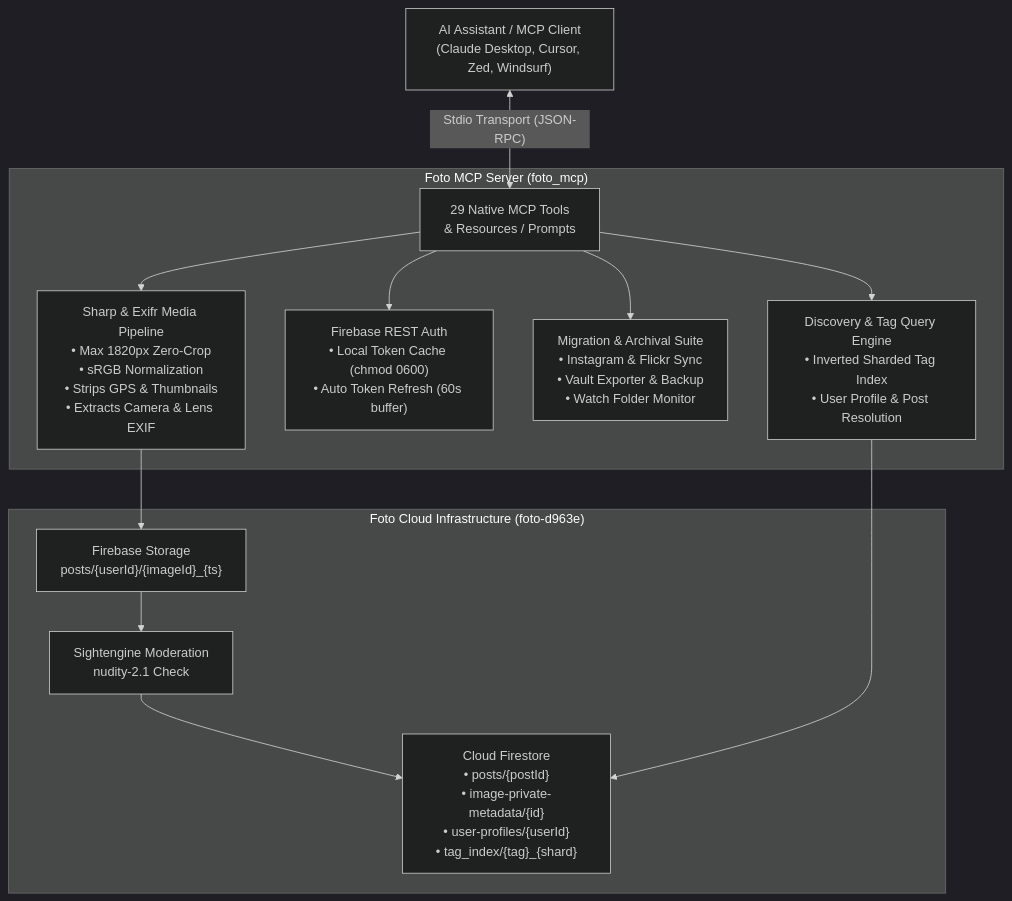
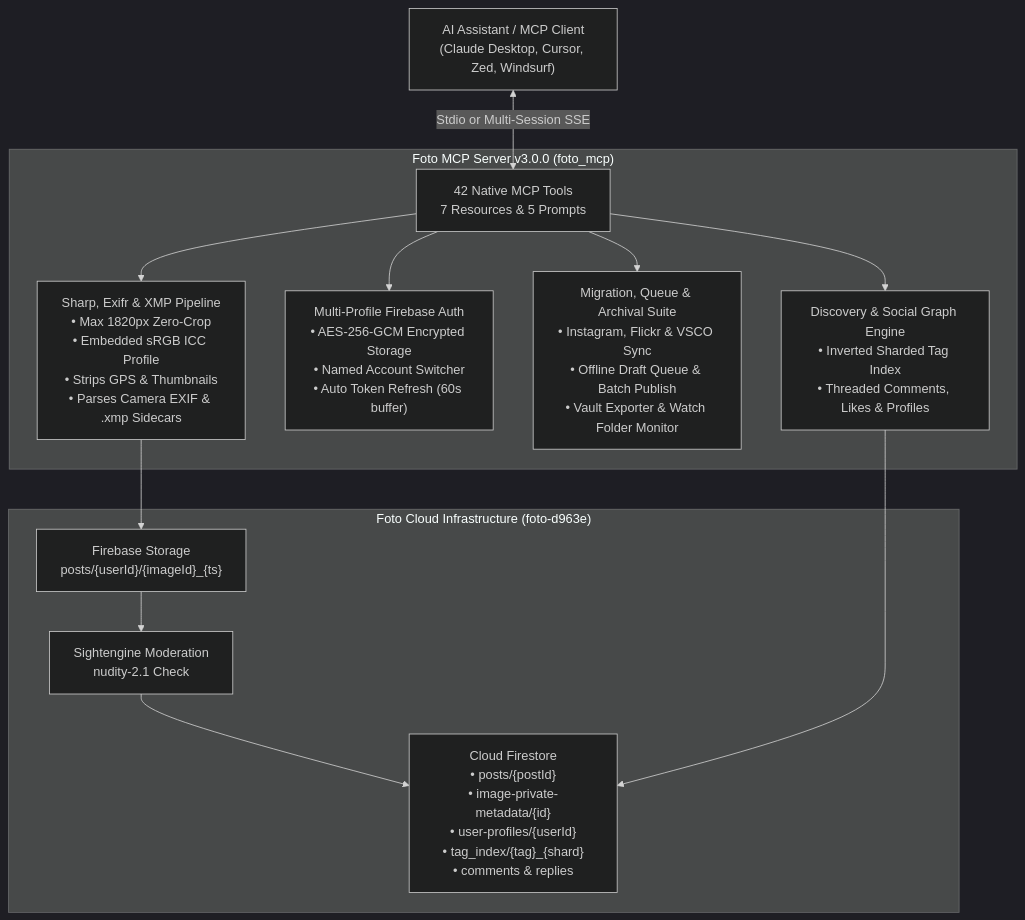
The diagram in README.md (thesven/foto_mcp), drawn with Mermaid (dark theme) before and after one commit. The commit also changed other lines of this file and 22 other files, not shown here.

Commit message:
feat: release foto_mcp v3.0.0 with 42 MCP tools, 7 resources, 5 prompts, XMP sidecars, VSCO sync, multi-profile AES-256-GCM auth, and offline draft queue

````diff
--- a/README.md
+++ b/README.md
@@ -17,28 +17,28 @@
 ```mermaid
 flowchart TD
     Client["AI Assistant / MCP Client<br>(Claude Desktop, Cursor, Zed, Windsurf)"]
     
-    subgraph Foto_MCP ["Foto MCP Server (foto_mcp)"]
-        Tools["29 Native MCP Tools<br>& Resources / Prompts"]
-        Proc["Sharp & Exifr Media Pipeline<br>• Max 1820px Zero-Crop<br>• sRGB Normalization<br>• Strips GPS & Thumbnails<br>• Extracts Camera & Lens EXIF"]
-        Auth["Firebase REST Auth<br>• Local Token Cache (chmod 0600)<br>• Auto Token Refresh (60s buffer)"]
-        Sync["Migration & Archival Suite<br>• Instagram & Flickr Sync<br>• Vault Exporter & Backup<br>• Watch Folder Monitor"]
-        Discovery["Discovery & Tag Query Engine<br>• Inverted Sharded Tag Index<br>• User Profile & Post Resolution"]
+    subgraph Foto_MCP ["Foto MCP Server v3.0.0 (foto_mcp)"]
+        Tools["42 Native MCP Tools<br>7 Resources & 5 Prompts"]
+        Proc["Sharp, Exifr & XMP Pipeline<br>• Max 1820px Zero-Crop<br>• Embedded sRGB ICC Profile<br>• Strips GPS & Thumbnails<br>• Parses Camera EXIF & .xmp Sidecars"]
+        Auth["Multi-Profile Firebase Auth<br>• AES-256-GCM Encrypted Storage<br>• Named Account Switcher<br>• Auto Token Refresh (60s buffer)"]
+        Sync["Migration, Queue & Archival Suite<br>• Instagram, Flickr & VSCO Sync<br>• Offline Draft Queue & Batch Publish<br>• Vault Exporter & Watch Folder Monitor"]
+        Discovery["Discovery & Social Graph Engine<br>• Inverted Sharded Tag Index<br>• Threaded Comments, Likes & Profiles"]
     end
     
     subgraph Foto_Cloud ["Foto Cloud Infrastructure (foto-d963e)"]
         Storage["Firebase Storage<br>posts/{userId}/{imageId}_{ts}"]
         Sightengine["Sightengine Moderation<br>nudity-2.1 Check"]
-        Firestore["Cloud Firestore<br>• posts/{postId}<br>• image-private-metadata/{id}<br>• user-profiles/{userId}<br>• tag_index/{tag}_{shard}"]
+        Firestore["Cloud Firestore<br>• posts/{postId}<br>• image-private-metadata/{id}<br>• user-profiles/{userId}<br>• tag_index/{tag}_{shard}<br>• comments & replies"]
     end
 
-    Client <-->|"Stdio Transport (JSON-RPC)"| Tools
+    Client <-->|"Stdio or Multi-Session SSE"| Tools
     Tools --> Proc
     Tools --> Auth
     Tools --> Sync
     Tools --> Discovery
     Proc --> Storage
     Storage --> Sightengine
     Sightengine --> Firestore
     Discovery --> Firestore
 ```
````
